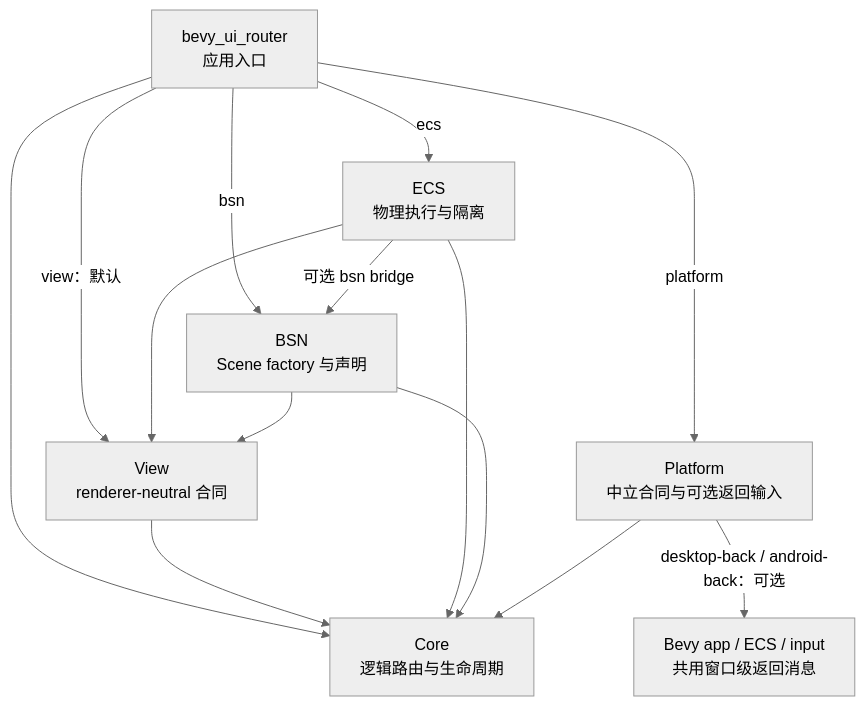
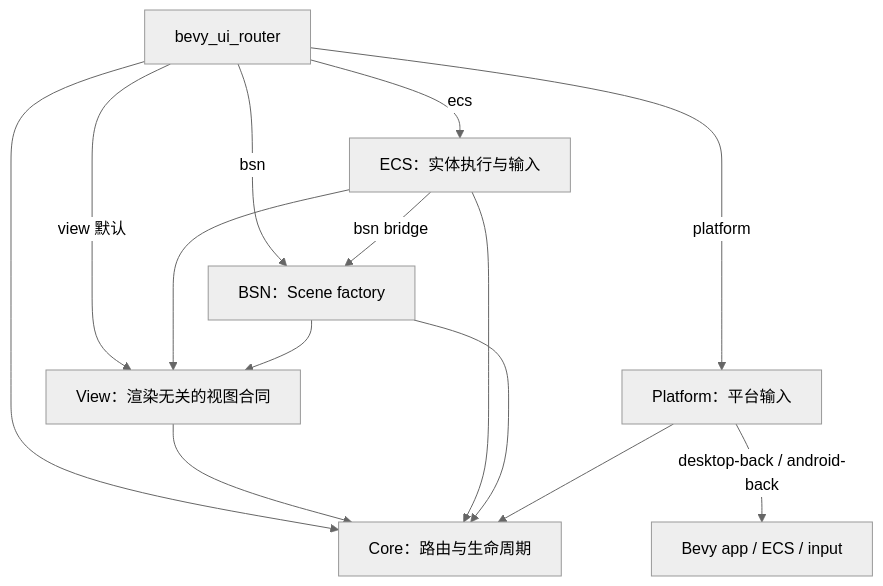
Before and after one commit to shengyusi-SYS/bevy_ui_router: the first of 2 diagrams in docs/architecture/README.md, drawn with Mermaid (neutral theme). The commit also changed other lines of this file and 167 other files, not shown here.

````diff
--- a/docs/architecture/README.md
+++ b/docs/architecture/README.md
@@ -9,16 +11,16 @@
 ```mermaid
 flowchart TD
-    Facade["bevy_ui_router<br/>应用入口"] --> Core["Core<br/>逻辑路由与生命周期"]
-    Facade -->|"view：默认"| View["View<br/>renderer-neutral 合同"]
-    Facade -->|ecs| ECS["ECS<br/>物理执行与隔离"]
-    Facade -->|bsn| BSN["BSN<br/>Scene factory 与声明"]
-    Facade -->|platform| Platform["Platform<br/>中立合同与可选返回输入"]
+    Facade["bevy_ui_router"] --> Core["Core：路由与生命周期"]
+    Facade -->|view 默认| View["View：渲染无关的视图合同"]
+    Facade -->|ecs| ECS["ECS：实体执行与输入"]
+    Facade -->|bsn| BSN["BSN：Scene factory"]
+    Facade -->|platform| Platform["Platform：平台输入"]
     View --> Core
     ECS --> Core
     ECS --> View
-    ECS -->|"可选 bsn bridge"| BSN
+    ECS -->|bsn bridge| BSN
     BSN --> Core
     BSN --> View
     Platform --> Core
-    Platform -->|"desktop-back / android-back：可选"| BevyInput["Bevy app / ECS / input<br/>共用窗口级返回消息"]
+    Platform -->|desktop-back / android-back| BevyInput["Bevy app / ECS / input"]
 ```
````
